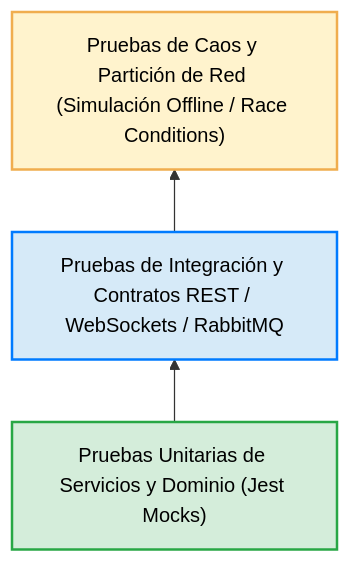
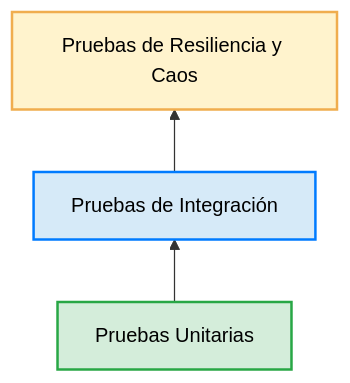
One commit to migueval/software-engineering changed the diagram in Connectivity Strategies in Distributed Systems/TEST.md. Above: the diagram before and after it, drawn with Mermaid. The commit also changed other lines of this file, not shown here.

````diff
--- a/Connectivity Strategies in Distributed Systems/TEST.md
+++ b/Connectivity Strategies in Distributed Systems/TEST.md
@@ -44,17 +21,17 @@
 ```mermaid
 flowchart BT
-    E2E["Pruebas de Caos y Partición de Red (Simulación Offline / Race Conditions)"]
-    INT["Pruebas de Integración y Contratos REST / WebSockets / RabbitMQ"]
-    UNIT["Pruebas Unitarias de Servicios y Dominio (Jest Mocks)"]
+    E2E["Pruebas de Resiliencia y Caos"]
+    INT["Pruebas de Integración"]
+    UNIT["Pruebas Unitarias"]
 
     UNIT --> INT
     INT --> E2E
 
     classDef unit fill:#D4EDDA,stroke:#28A745,color:#000,stroke-width:2px;
     classDef int fill:#D6EAF8,stroke:#007BFF,color:#000,stroke-width:2px;
     classDef e2e fill:#FFF3CD,stroke:#F0AD4E,color:#000,stroke-width:2px;
 
     class UNIT unit;
     class INT int;
     class E2E e2e;
 ```
````
